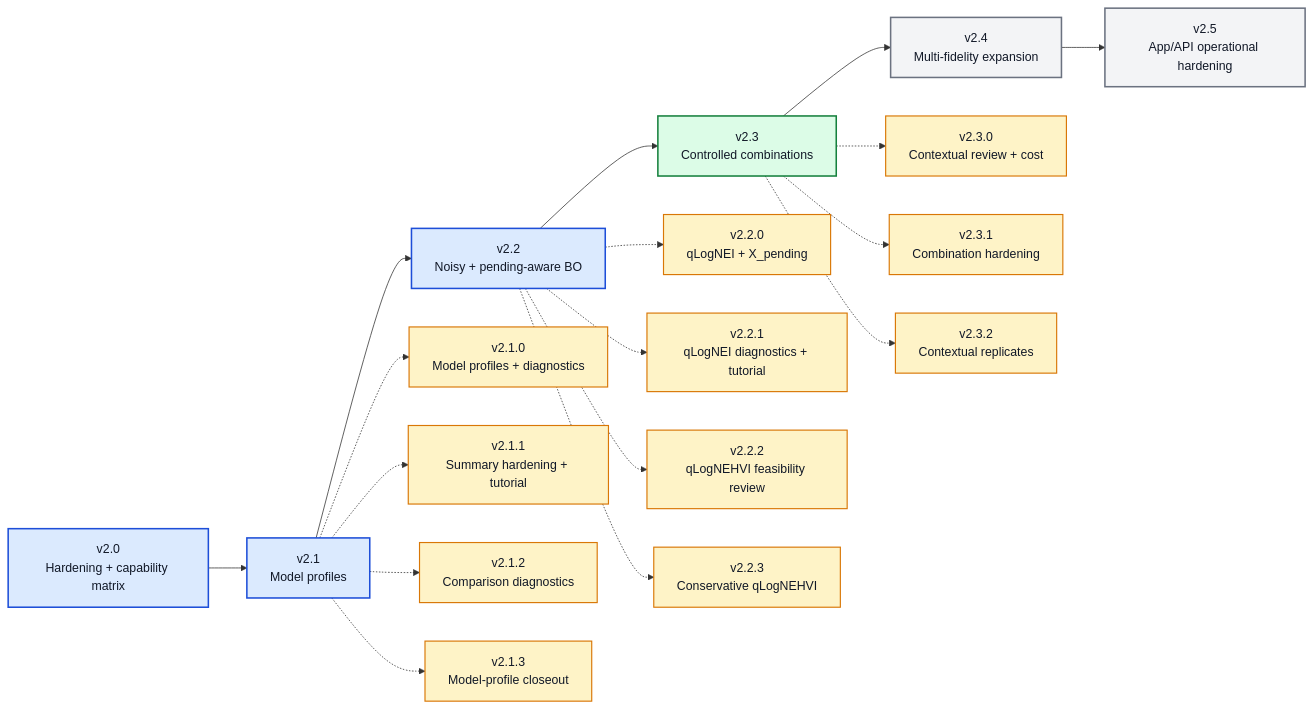
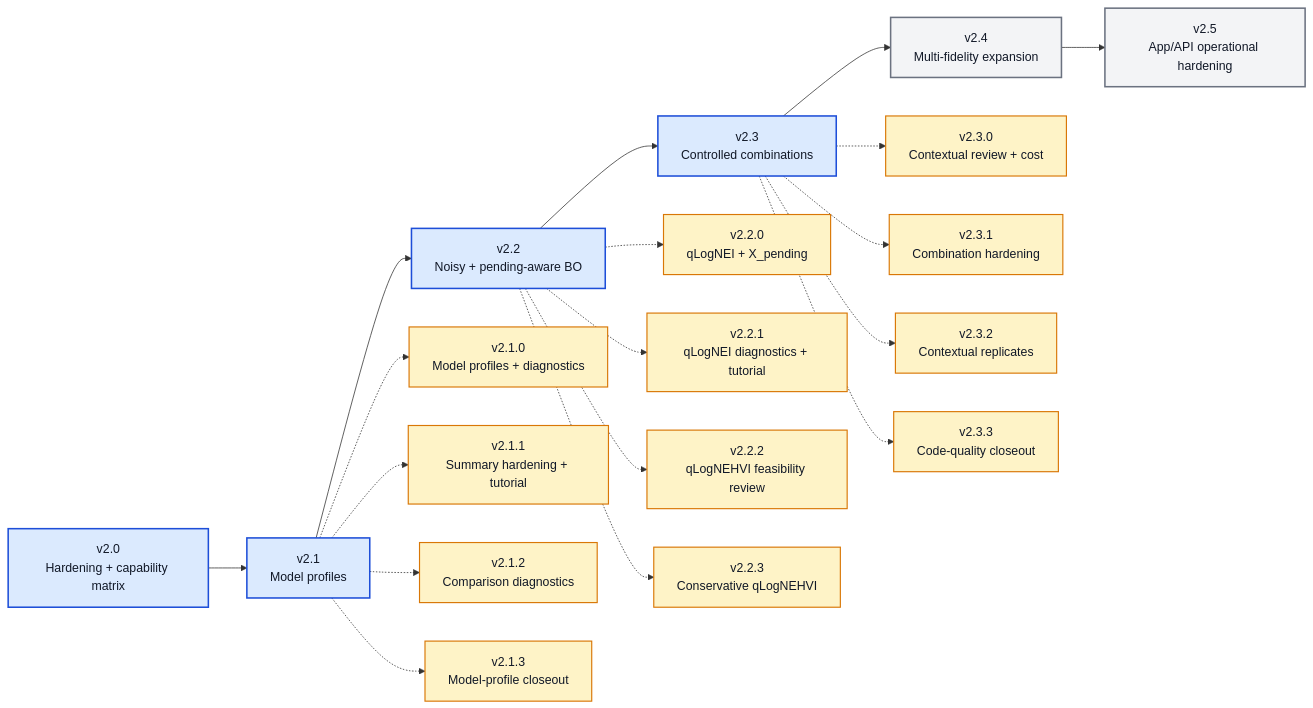
One commit to angzeli/bo-forge changed the diagram in ROADMAP_V2_X.md. Above: the diagram before and after it, drawn with Mermaid. The commit also changed other lines of this file and 34 other files, not shown here.

Commit message:
v2.3.3 update: Refactor code quality and error handling

````diff
--- a/ROADMAP_V2_X.md
+++ b/ROADMAP_V2_X.md
@@ -14,41 +14,42 @@
 ```mermaid
 flowchart LR
     v20["v2.0<br/>Hardening + capability matrix"] --> v21["v2.1<br/>Model profiles"] --> v22["v2.2<br/>Noisy + pending-aware BO"] --> v23["v2.3<br/>Controlled combinations"] --> v24["v2.4<br/>Multi-fidelity expansion"] --> v25["v2.5<br/>App/API operational hardening"]
 
     v210["v2.1.0<br/>Model profiles + diagnostics"]
     v211["v2.1.1<br/>Summary hardening + tutorial"]
     v212["v2.1.2<br/>Comparison diagnostics"]
     v213["v2.1.3<br/>Model-profile closeout"]
     v220["v2.2.0<br/>qLogNEI + X_pending"]
     v221["v2.2.1<br/>qLogNEI diagnostics + tutorial"]
     v222["v2.2.2<br/>qLogNEHVI feasibility review"]
     v223["v2.2.3<br/>Conservative qLogNEHVI"]
     v230["v2.3.0<br/>Contextual review + cost"]
     v231["v2.3.1<br/>Combination hardening"]
     v232["v2.3.2<br/>Contextual replicates"]
+    v233["v2.3.3<br/>Code-quality closeout"]
 
     v21 -.-> v210
     v21 -.-> v211
     v21 -.-> v212
     v21 -.-> v213
     v22 -.-> v220
     v22 -.-> v221
     v22 -.-> v222
     v22 -.-> v223
     v23 -.-> v230
     v23 -.-> v231
     v23 -.-> v232
+    v23 -.-> v233
 
-    class v10,v20,v21,v22 majorDone
-    class v23 majorActive
+    class v10,v20,v21,v22,v23 majorDone
     class v24,v25 majorFuture
     class v210,v211,v212,v213 patchDone
     class v220,v221,v222,v223 patchDone
-    class v230,v231,v232 patchDone
+    class v230,v231,v232,v233 patchDone
 
     classDef majorDone fill:#dbeafe,stroke:#1d4ed8,stroke-width:2px,color:#111827;
     classDef majorActive fill:#dcfce7,stroke:#15803d,stroke-width:2px,color:#111827;
     classDef majorFuture fill:#f3f4f6,stroke:#6b7280,stroke-width:2px,color:#111827;
     classDef patchDone fill:#fef3c7,stroke:#d97706,stroke-width:1.5px,color:#111827;
     classDef patchActive fill:#dcfce7,stroke:#15803d,stroke-width:1.5px,color:#111827;
 ```
````
